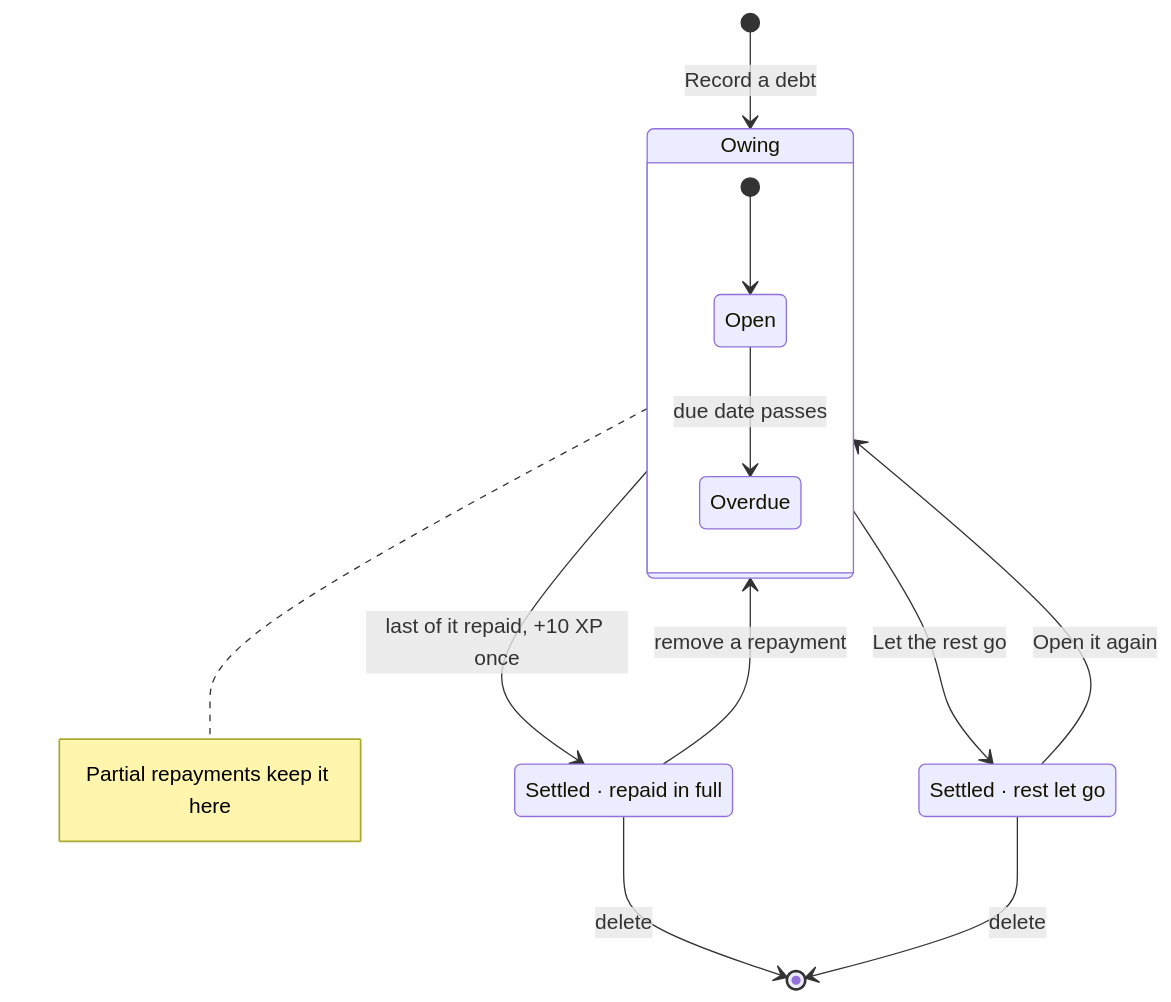
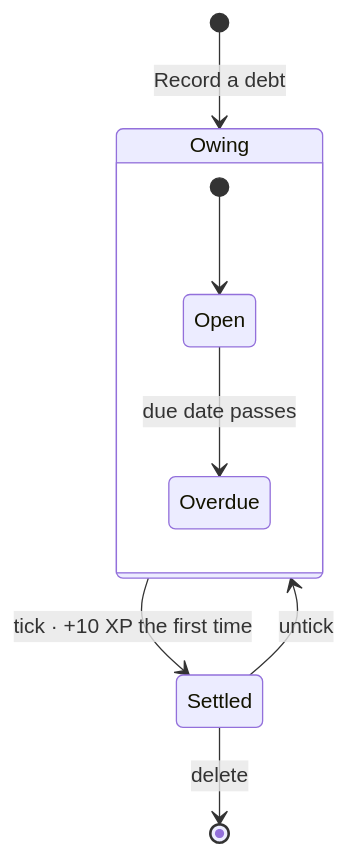
One commit to Morker/krugworld changed the eighth of 12 diagrams in docs/FEATURES.md. Above: the diagram before and after it, drawn with Mermaid. The commit also changed other lines of this file and 26 other files, not shown here.

````diff
--- a/docs/FEATURES.md
+++ b/docs/FEATURES.md
@@ -225,17 +226,11 @@
 ```mermaid
 stateDiagram-v2
     [*] --> Owing: Record a debt
     state Owing {
         [*] --> Open
         Open --> Overdue: due date passes
     }
-    note right of Owing: Partial repayments keep it here
-    Owing --> Cleared: last of it repaid, +10 XP once
-    Owing --> LetGo: Let the rest go
-    Cleared --> Owing: remove a repayment
-    LetGo --> Owing: Open it again
-    Cleared: Settled · repaid in full
-    LetGo: Settled · rest let go
-    Cleared --> [*]: delete
-    LetGo --> [*]: delete
+    Owing --> Settled: tick · +10 XP the first time
+    Settled --> Owing: untick
+    Settled --> [*]: delete
 ```
````
